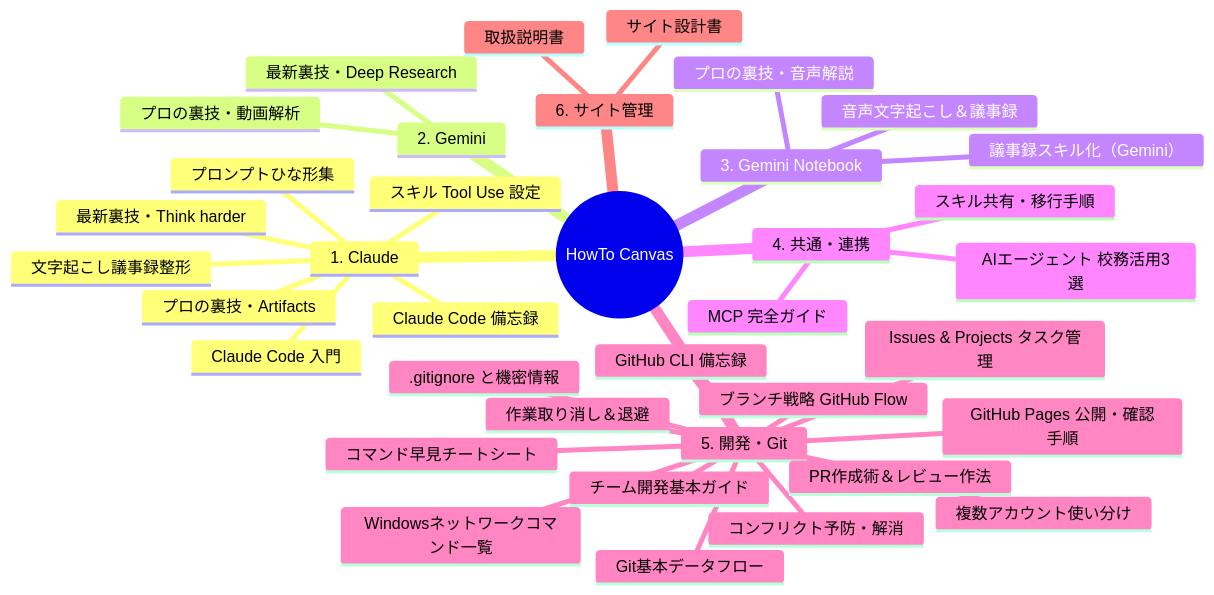
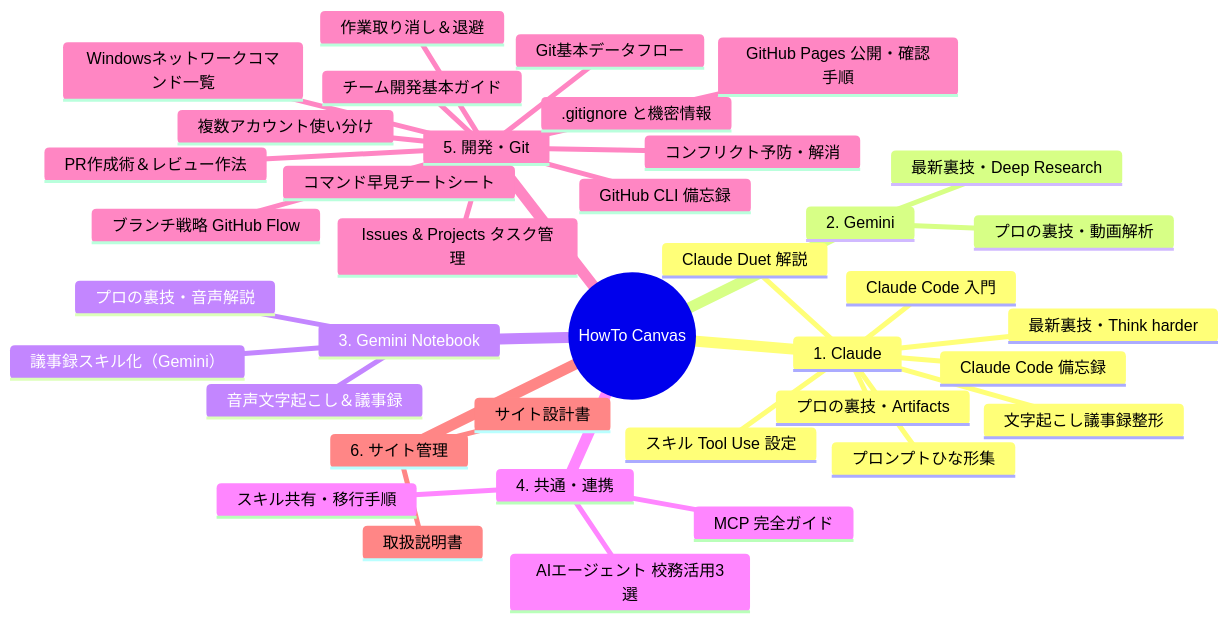
One commit to nakamotohiroshi-biz-team/howto-canvas changed the second of 2 diagrams in src/content/docs/meta/design-spec.md. Above: the diagram before and after it, drawn with Mermaid. The commit also changed 3 other files, not shown here.

First line of the commit message:
docs: Claude Duetの機能と使い方を解説する記事と図解を追加

````diff
--- a/src/content/docs/meta/design-spec.md
+++ b/src/content/docs/meta/design-spec.md
@@ -117,40 +117,41 @@
 ```mermaid
 mindmap
   root((HowTo Canvas))
     1. Claude
       最新裏技・Think harder
       Claude Code 入門
       スキル Tool Use 設定
       文字起こし議事録整形
       プロの裏技・Artifacts
       Claude Code 備忘録
       プロンプトひな形集
+      Claude Duet 解説
     2. Gemini
       最新裏技・Deep Research
       プロの裏技・動画解析
     3. Gemini Notebook
       音声文字起こし＆議事録
       プロの裏技・音声解説
       議事録スキル化（Gemini）
     4. 共通・連携
       スキル共有・移行手順
       MCP 完全ガイド
       AIエージェント 校務活用3選
     5. 開発・Git
       Git基本データフロー
       チーム開発基本ガイド
       コマンド早見チートシート
       コンフリクト予防・解消
       作業取り消し＆退避
       ブランチ戦略 GitHub Flow
       Issues & Projects タスク管理
       PR作成術＆レビュー作法
       Windowsネットワークコマンド一覧
       GitHub CLI 備忘録
       GitHub Pages 公開・確認手順
       .gitignore と機密情報
       複数アカウント使い分け
     6. サイト管理
       取扱説明書
       サイト設計書
 ```
````
